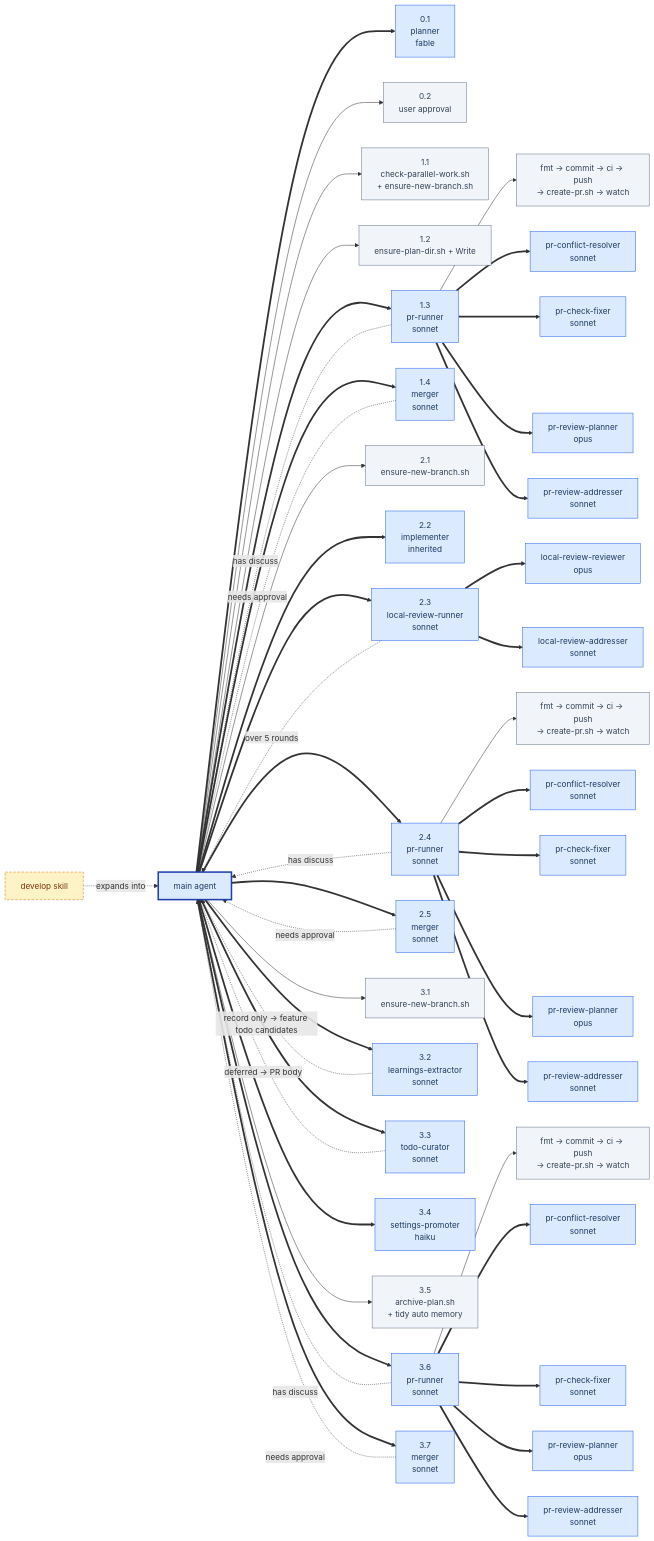
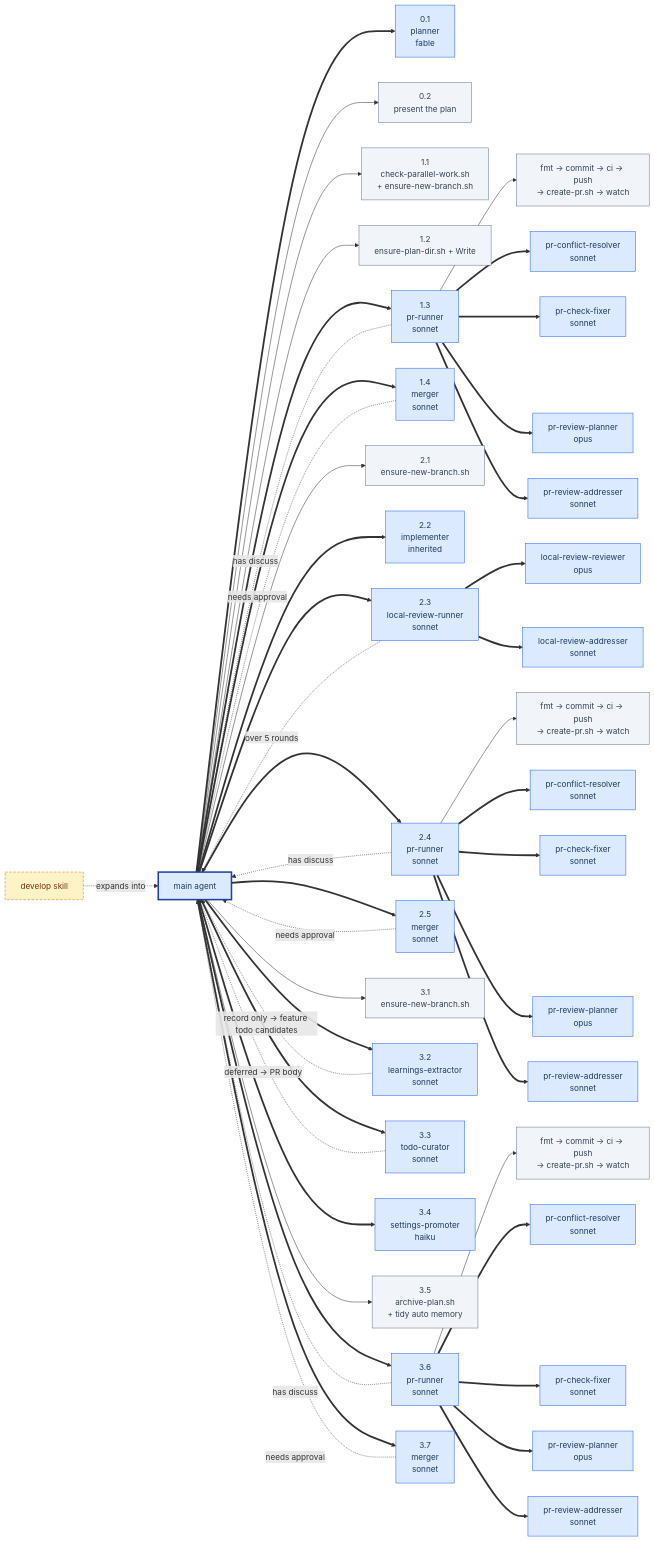
The first of 3 diagrams in .claude/skills/develop/README.md (minodisk/handpic), drawn with Mermaid before and after one commit. The commit also changed other lines of this file and 3 other files, not shown here.

```diff
--- a/.claude/skills/develop/README.md
+++ b/.claude/skills/develop/README.md
@@ -43,7 +43,7 @@
     DEV["develop skill"] -.->|expands into| MAIN["main agent"]
 
     PLAN["0.1<br/>planner<br/>fable"]
-    APPROVE["0.2<br/>user approval"]
+    APPROVE["0.2<br/>present the plan"]
 
     BRANCH1["1.1<br/>check-parallel-work.sh<br/>+ ensure-new-branch.sh"]
     WRITE["1.2<br/>ensure-plan-dir.sh + Write"]
```
